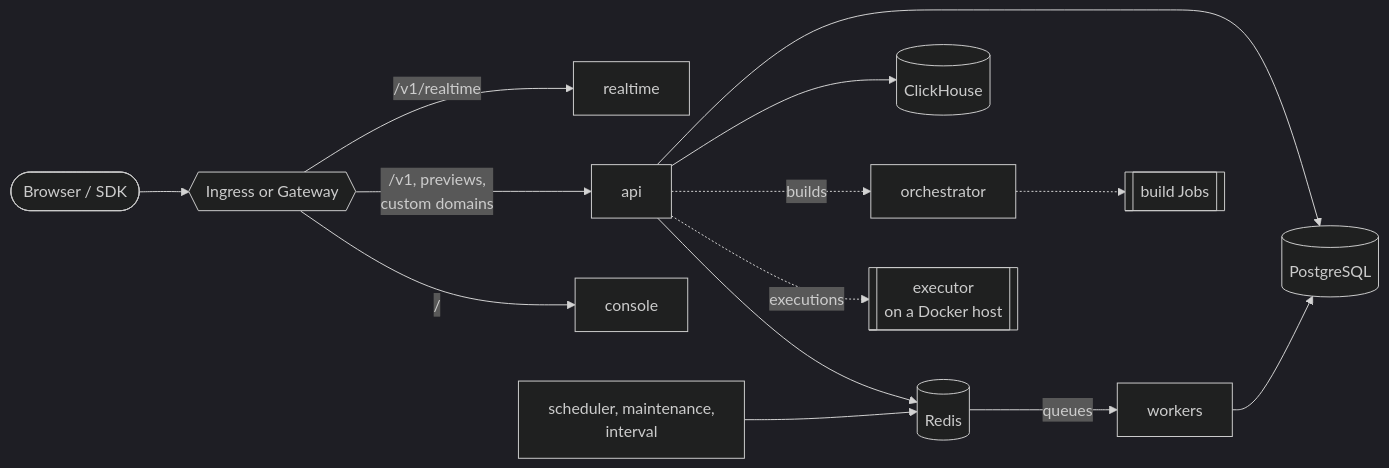
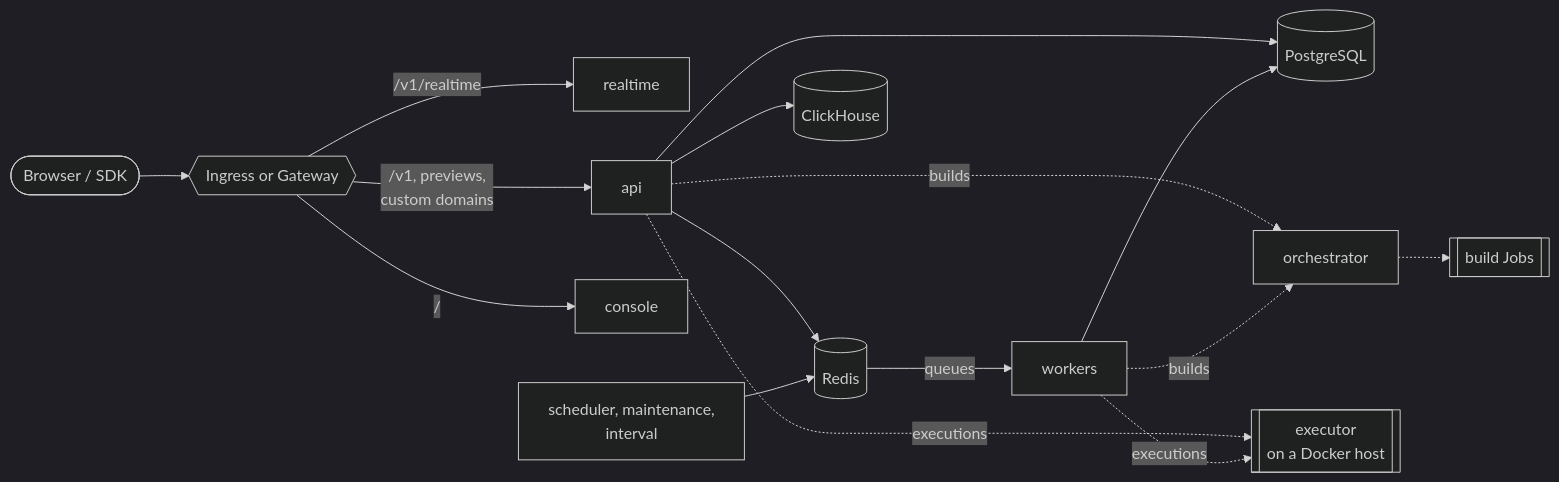
Before and after one commit to appwrite/helm-chart: the diagram in charts/appwrite/README.md, drawn with Mermaid (dark theme). The commit also changed other lines of this file and 19 other files, not shown here.

Commit message:
docs: fix audit findings, document chart behaviour changes

````diff
--- a/charts/appwrite/README.md
+++ b/charts/appwrite/README.md
@@ -60,15 +65,15 @@
 ```mermaid
 flowchart LR
   user([Browser / SDK]) --> edge{{Ingress or Gateway}}
   edge -- "/v1/realtime" --> realtime[realtime]
   edge -- "/v1, previews,\ncustom domains" --> api[api]
   edge -- "/" --> console[console]
   api --> pg[(PostgreSQL)]
   api --> redis[(Redis)]
   api --> ch[(ClickHouse)]
   redis -- queues --> workers[workers]
   tasks[scheduler, maintenance,\ninterval] --> redis
   workers --> pg
-  api -. "builds" .-> orchestrator[orchestrator] -.-> builds[[build Jobs]]
-  api -. "executions" .-> executor[[executor\non a Docker host]]
+  api & workers -. "builds" .-> orchestrator[orchestrator] -.-> builds[[build Jobs]]
+  api & workers -. "executions" .-> executor[[executor\non a Docker host]]
 ```
````
